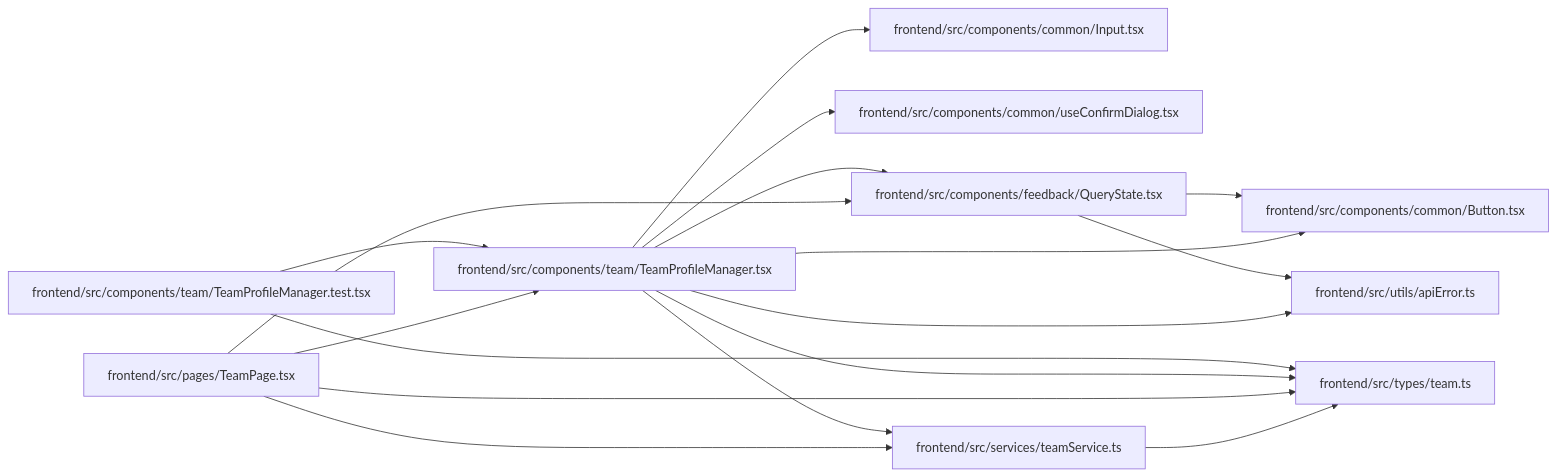
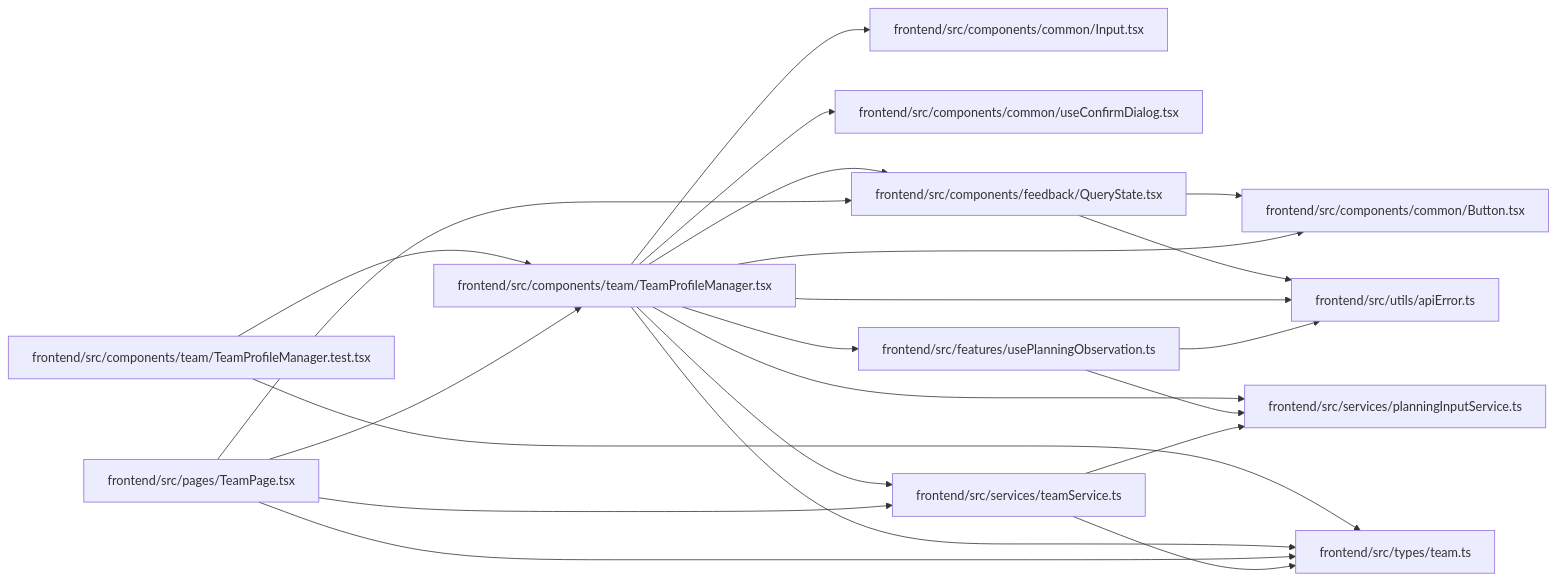
Before and after one commit to Denissvgn/WorkChord: the diagram in docs/llm_wiki/modules/TeamProfileManager.md, drawn with Mermaid. The commit also changed other lines of this file and 10148 other files, not shown here.

````diff
--- a/docs/llm_wiki/modules/TeamProfileManager.md
+++ b/docs/llm_wiki/modules/TeamProfileManager.md
@@ -35,39 +37,48 @@
 ```mermaid
 flowchart LR
     n0["frontend/src/components/common/Button.tsx"]
     n1["frontend/src/components/common/Input.tsx"]
     n2["frontend/src/components/common/useConfirmDialog.tsx"]
     n3["frontend/src/components/feedback/QueryState.tsx"]
     n4["frontend/src/components/team/TeamProfileManager.test.tsx"]
     n5["frontend/src/components/team/TeamProfileManager.tsx"]
-    n6["frontend/src/pages/TeamPage.tsx"]
-    n7["frontend/src/services/teamService.ts"]
-    n8["frontend/src/types/team.ts"]
-    n9["frontend/src/utils/apiError.ts"]
+    n6["frontend/src/features/usePlanningObservation.ts"]
+    n7["frontend/src/pages/TeamPage.tsx"]
+    n8["frontend/src/services/planningInputService.ts"]
+    n9["frontend/src/services/teamService.ts"]
+    n10["frontend/src/types/team.ts"]
+    n11["frontend/src/utils/apiError.ts"]
     n3 --> n0
-    n3 --> n9
+    n3 --> n11
     n4 --> n5
-    n4 --> n8
+    n4 --> n10
     n5 --> n0
     n5 --> n1
     n5 --> n2
     n5 --> n3
-    n5 --> n7
+    n5 --> n6
     n5 --> n8
     n5 --> n9
-    n6 --> n3
-    n6 --> n5
-    n6 --> n7
+    n5 --> n10
+    n5 --> n11
     n6 --> n8
-    n7 --> n8
+    n6 --> n11
+    n7 --> n3
+    n7 --> n5
+    n7 --> n9
+    n7 --> n10
+    n9 --> n8
+    n9 --> n10
     click n0 "../modules/Button.md"
     click n1 "../modules/Input.md"
     click n2 "../modules/useConfirmDialog.md"
     click n3 "../modules/QueryState.md"
     click n4 "../modules/TeamProfileManager.test.md"
     click n5 "../modules/TeamProfileManager.md"
-    click n6 "../modules/TeamPage.md"
-    click n7 "../modules/teamService.md"
-    click n8 "../modules/types_team.md"
-    click n9 "../modules/apiError.md"
+    click n6 "../modules/usePlanningObservation.md"
+    click n7 "../modules/TeamPage.md"
+    click n8 "../modules/planningInputService.md"
+    click n9 "../modules/teamService.md"
+    click n10 "../modules/types_team.md"
+    click n11 "../modules/apiError.md"
 ```
````
